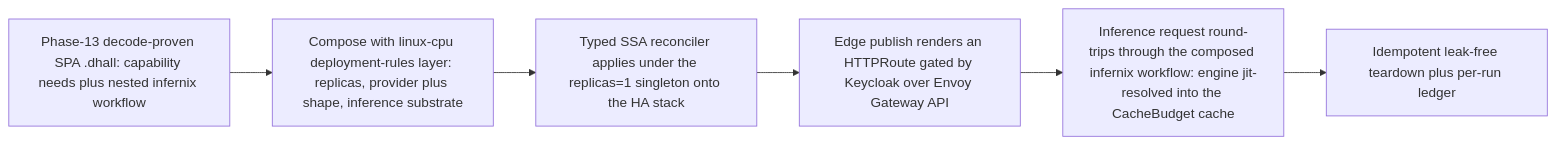
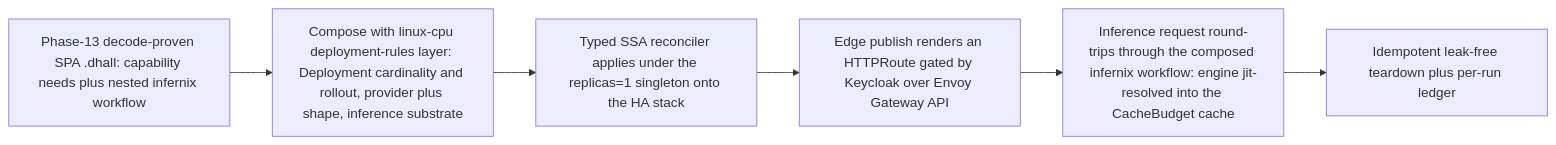
The diagram in DEVELOPMENT_PLAN/phase_37_spa_live_deploy.md (Tuee22/amoebius), drawn with Mermaid before and after one commit. The commit also changed other lines of this file and 87 other files, not shown here.

````diff
--- a/DEVELOPMENT_PLAN/phase_37_spa_live_deploy.md
+++ b/DEVELOPMENT_PLAN/phase_37_spa_live_deploy.md
@@ -54,8 +54,8 @@
 ```mermaid
 flowchart LR
-  spa[Phase-13 decode-proven SPA .dhall: capability needs plus nested infernix workflow] --> compose[Compose with linux-cpu deployment-rules layer: replicas, provider plus shape, inference substrate]
+  spa[Phase-13 decode-proven SPA .dhall: capability needs plus nested infernix workflow] --> compose[Compose with linux-cpu deployment-rules layer: Deployment cardinality and rollout, provider plus shape, inference substrate]
   compose --> apply[Typed SSA reconciler applies under the replicas=1 singleton onto the HA stack]
   apply --> edge[Edge publish renders an HTTPRoute gated by Keycloak over Envoy Gateway API]
   edge --> infer[Inference request round-trips through the composed infernix workflow: engine jit-resolved into the CacheBudget cache]
   infer --> teardown[Idempotent leak-free teardown plus per-run ledger]
 ```
````
